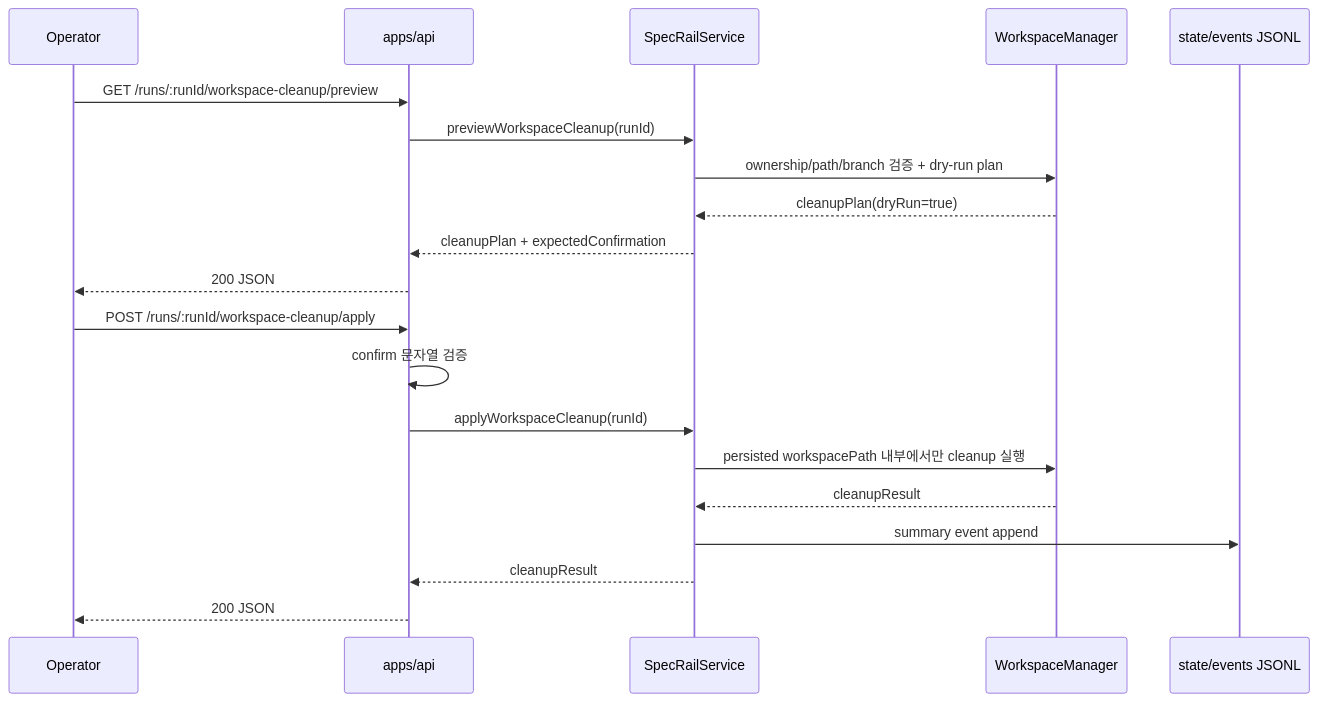
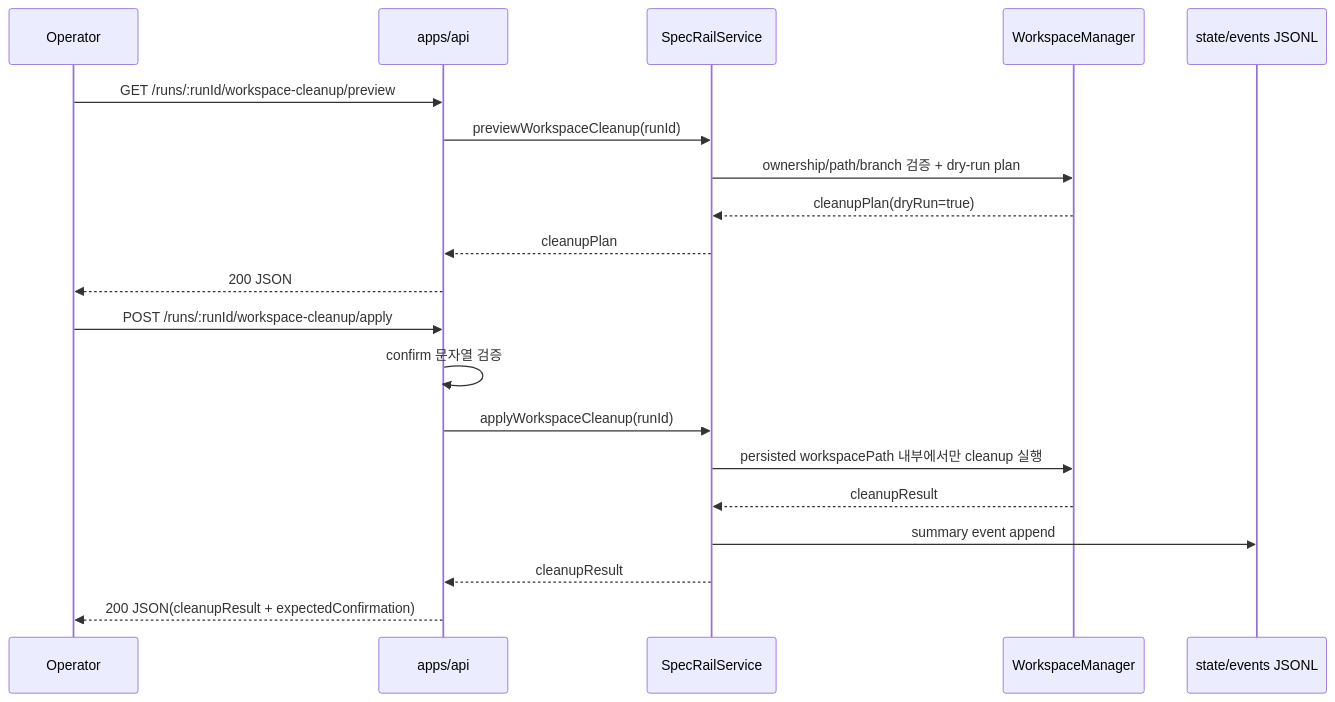
Diagram 11 of 11 in docs/architecture/mvp-architecture.md (yoophi-a/specrail), drawn with Mermaid before and after one commit.

Commit message:
Align cleanup confirmation architecture docs
Closes #558

````diff
--- a/docs/architecture/mvp-architecture.md
+++ b/docs/architecture/mvp-architecture.md
@@ -587,24 +587,24 @@
 ```mermaid
 sequenceDiagram
   participant O as Operator
   participant A as apps/api
   participant S as SpecRailService
   participant W as WorkspaceManager
   participant L as state/events JSONL
 
   O->>A: GET /runs/:runId/workspace-cleanup/preview
   A->>S: previewWorkspaceCleanup(runId)
   S->>W: ownership/path/branch 검증 + dry-run plan
   W-->>S: cleanupPlan(dryRun=true)
-  S-->>A: cleanupPlan + expectedConfirmation
+  S-->>A: cleanupPlan
   A-->>O: 200 JSON
 
   O->>A: POST /runs/:runId/workspace-cleanup/apply
   A->>A: confirm 문자열 검증
   A->>S: applyWorkspaceCleanup(runId)
   S->>W: persisted workspacePath 내부에서만 cleanup 실행
   W-->>S: cleanupResult
   S->>L: summary event append
   S-->>A: cleanupResult
-  A-->>O: 200 JSON
+  A-->>O: 200 JSON(cleanupResult + expectedConfirmation)
 ```
````
